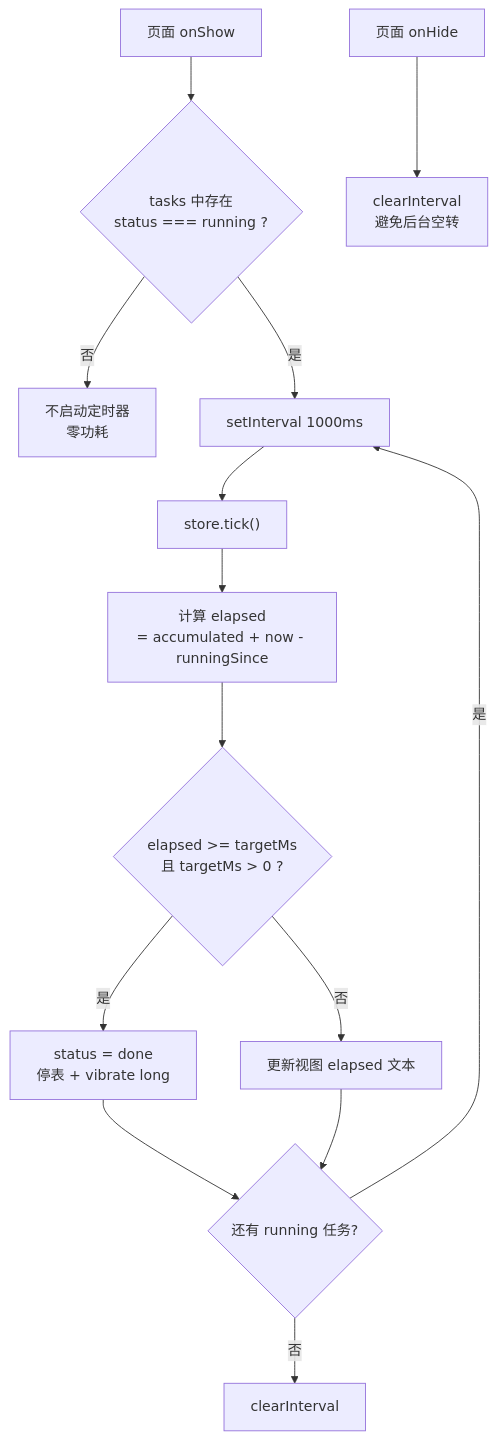
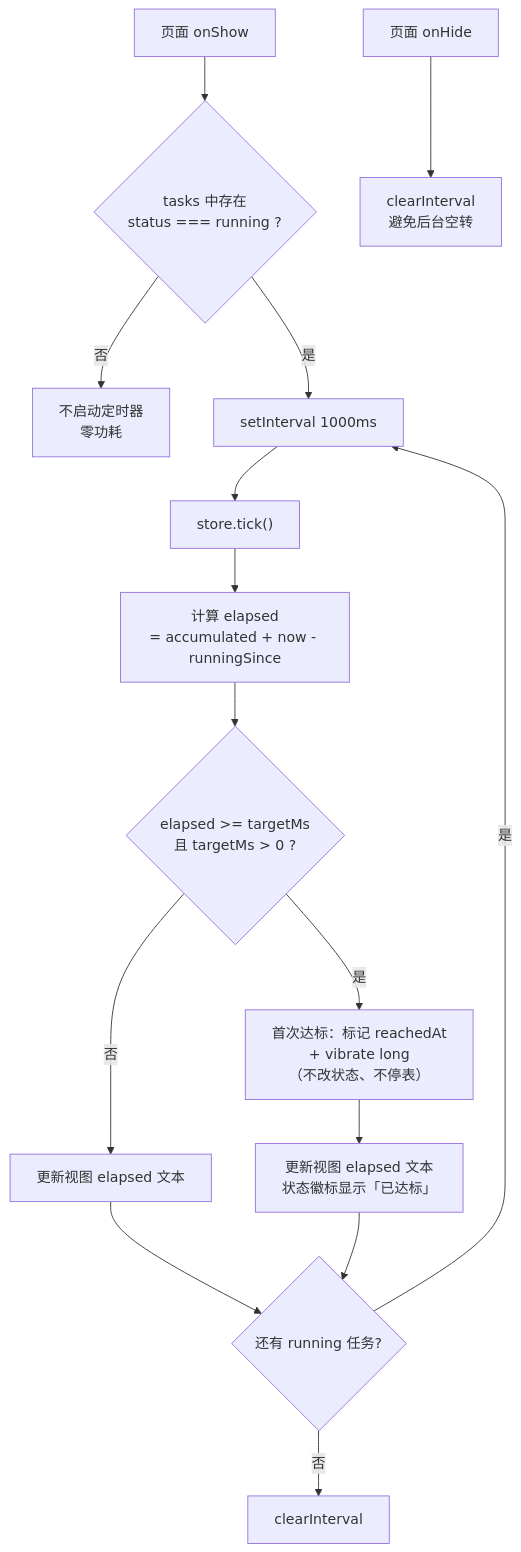
The fifth of 11 diagrams in architecture.md (Jiatian-Yu/XiaomiBand-TimeManger), drawn with Mermaid before and after one commit. The commit also changed other lines of this file and 12 other files, not shown here.

````diff
--- a/architecture.md
+++ b/architecture.md
@@ -354,16 +364,17 @@
 ```mermaid
 flowchart TD
     A["页面 onShow"] --> B{"tasks 中存在<br/>status === running ?"}
     B -- 否 --> C["不启动定时器<br/>零功耗"]
     B -- 是 --> D["setInterval 1000ms"]
     D --> E["store.tick()"]
     E --> F["计算 elapsed<br/>= accumulated + now - runningSince"]
     F --> G{"elapsed >= targetMs<br/>且 targetMs > 0 ?"}
-    G -- 是 --> H["status = done<br/>停表 + vibrate long"]
+    G -- 是 --> H["首次达标：标记 reachedAt<br/>+ vibrate long<br/>（不改状态、不停表）"]
     G -- 否 --> I["更新视图 elapsed 文本"]
-    H --> J{"还有 running 任务?"}
-    I --> J
+    H --> I2["更新视图 elapsed 文本<br/>状态徽标显示「已达标」"]
+    I --> J{"还有 running 任务?"}
+    I2 --> J
     J -- 否 --> K["clearInterval"]
     J -- 是 --> D
     A2["页面 onHide"] --> L["clearInterval<br/>避免后台空转"]
 ```
````
